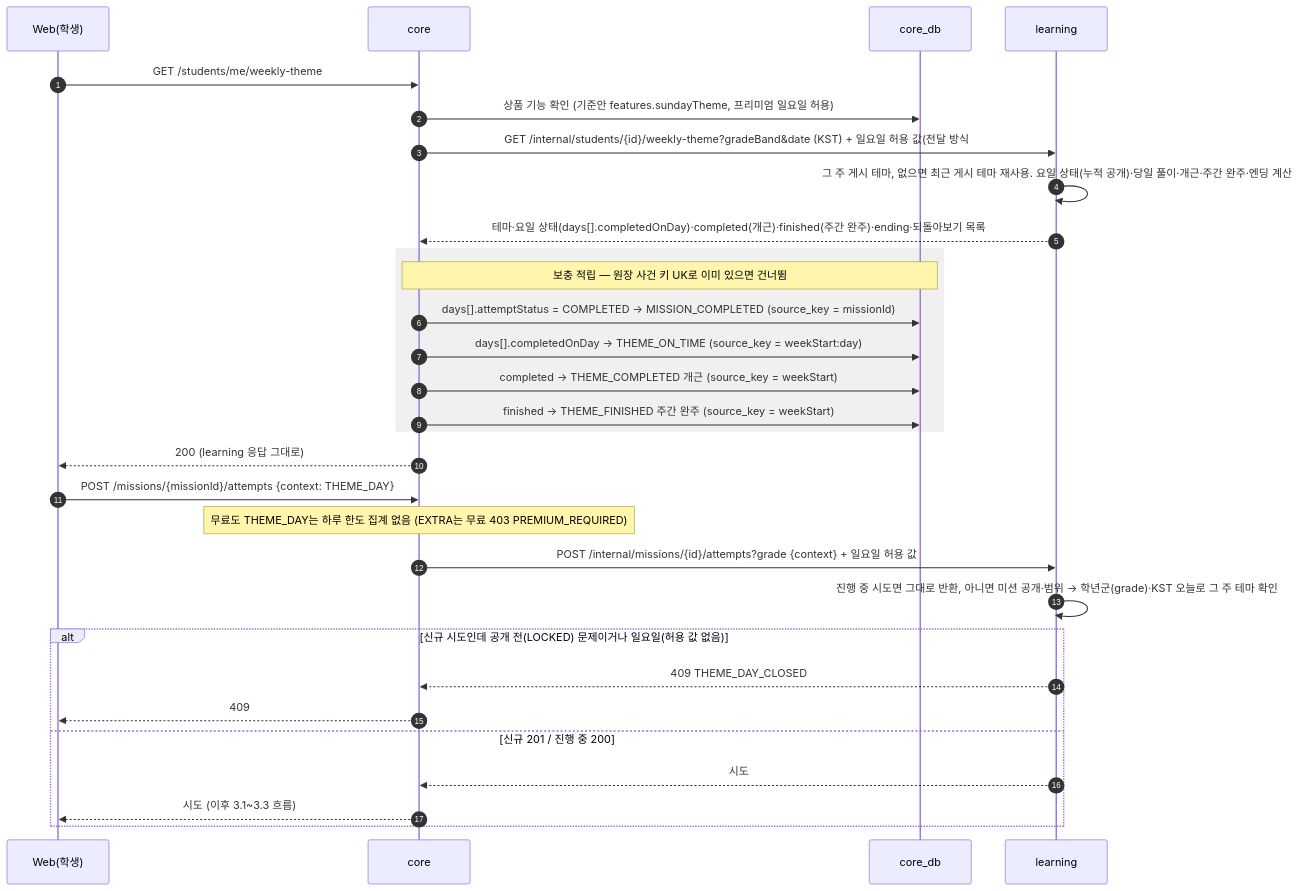
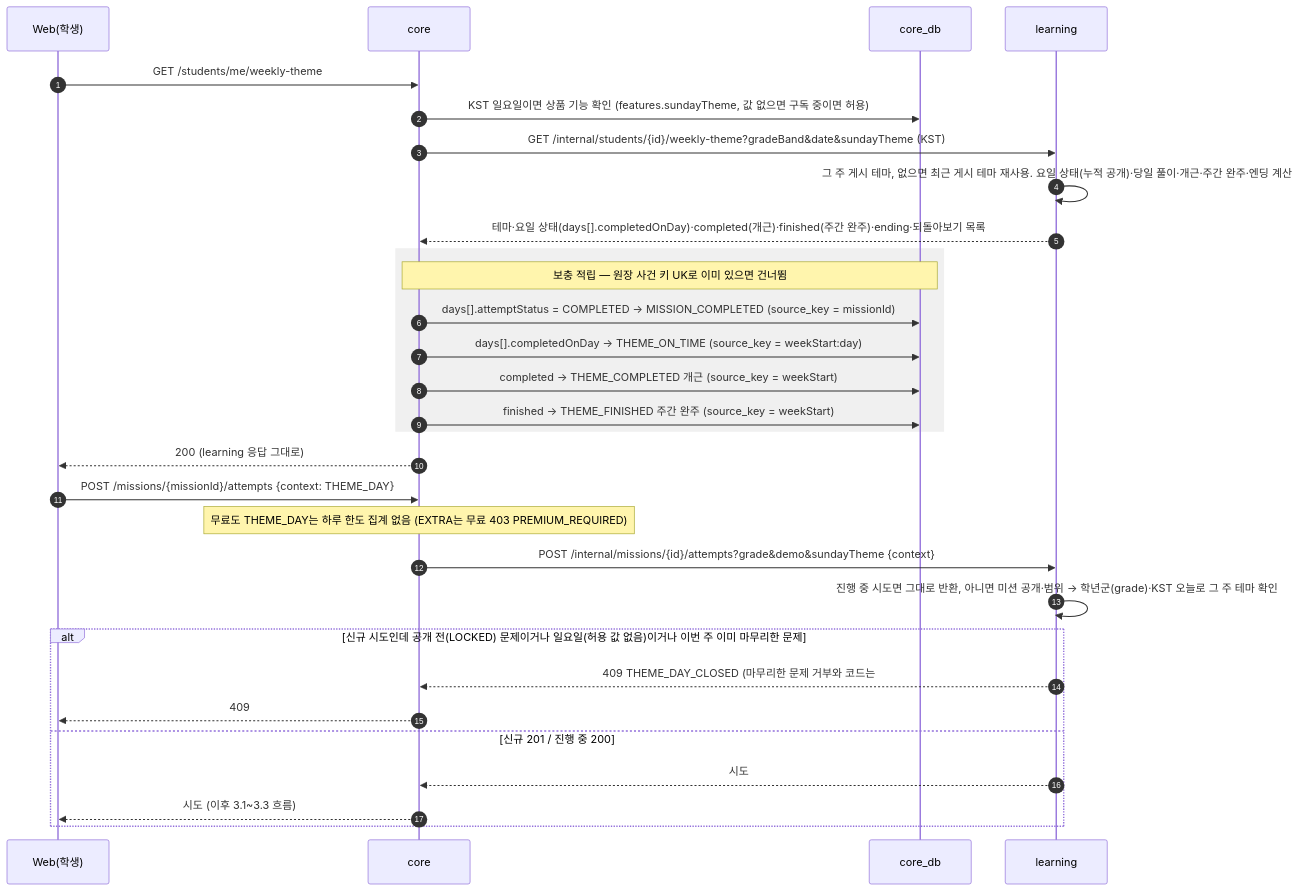
Diagram 17 of 36 in docs/design/sequence-diagram.md (SKNETWORKS-FAMILY-AICAMP/SKN34-FINAL-3TEAM), drawn with Mermaid before and after one commit. The commit also changed other lines of this file and 57 other files, not shown here.

````diff
--- a/docs/design/sequence-diagram.md
+++ b/docs/design/sequence-diagram.md
@@ -682,33 +682,33 @@
 ```mermaid
 sequenceDiagram
   autonumber
   participant W as Web(학생)
   participant C as core
   participant CDB as core_db
   participant L as learning
 
   W->>C: GET /students/me/weekly-theme
-  C->>CDB: 상품 기능 확인 (기준안 features.sundayTheme, 프리미엄 일요일 허용)
-  C->>L: GET /internal/students/{id}/weekly-theme?gradeBand&date (KST) + 일요일 허용 값(전달 방식 #484·#485 합의)
+  C->>CDB: KST 일요일이면 상품 기능 확인 (features.sundayTheme, 값 없으면 구독 중이면 허용)
+  C->>L: GET /internal/students/{id}/weekly-theme?gradeBand&date&sundayTheme (KST)
   L->>L: 그 주 게시 테마, 없으면 최근 게시 테마 재사용. 요일 상태(누적 공개)·당일 풀이·개근·주간 완주·엔딩 계산
   L-->>C: 테마·요일 상태(days[].completedOnDay)·completed(개근)·finished(주간 완주)·ending·되돌아보기 목록
   rect rgba(128,128,128,0.12)
     Note over C,CDB: 보충 적립 — 원장 사건 키 UK로 이미 있으면 건너뜀
     C->>CDB: days[].attemptStatus = COMPLETED → MISSION_COMPLETED (source_key = missionId)
     C->>CDB: days[].completedOnDay → THEME_ON_TIME (source_key = weekStart:day)
     C->>CDB: completed → THEME_COMPLETED 개근 (source_key = weekStart)
     C->>CDB: finished → THEME_FINISHED 주간 완주 (source_key = weekStart)
   end
   C-->>W: 200 (learning 응답 그대로)
   W->>C: POST /missions/{missionId}/attempts {context: THEME_DAY}
   Note over C: 무료도 THEME_DAY는 하루 한도 집계 없음 (EXTRA는 무료 403 PREMIUM_REQUIRED)
-  C->>L: POST /internal/missions/{id}/attempts?grade {context} + 일요일 허용 값
+  C->>L: POST /internal/missions/{id}/attempts?grade&demo&sundayTheme {context}
   L->>L: 진행 중 시도면 그대로 반환, 아니면 미션 공개·범위 → 학년군(grade)·KST 오늘로 그 주 테마 확인
-  alt 신규 시도인데 공개 전(LOCKED) 문제이거나 일요일(허용 값 없음)
-    L-->>C: 409 THEME_DAY_CLOSED
+  alt 신규 시도인데 공개 전(LOCKED) 문제이거나 일요일(허용 값 없음)이거나 이번 주 이미 마무리한 문제
+    L-->>C: 409 THEME_DAY_CLOSED (마무리한 문제 거부와 코드는 #484 기준안)
     C-->>W: 409
   else 신규 201 / 진행 중 200
     L-->>C: 시도
     C-->>W: 시도 (이후 3.1~3.3 흐름)
   end
 ```
````
